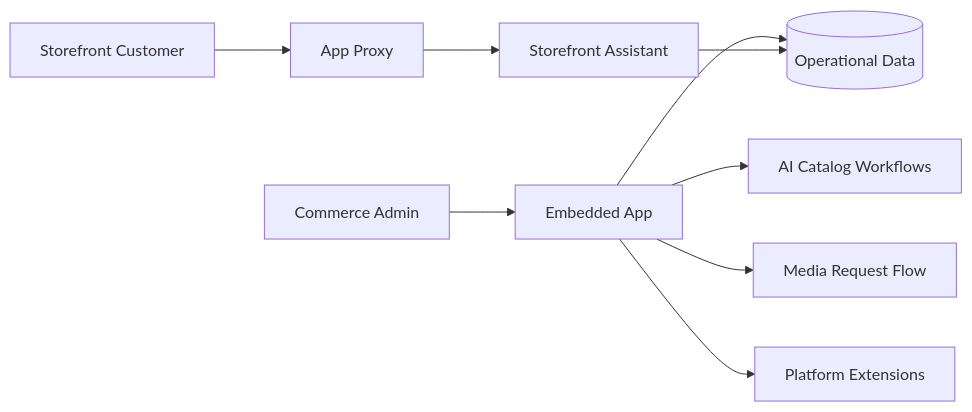
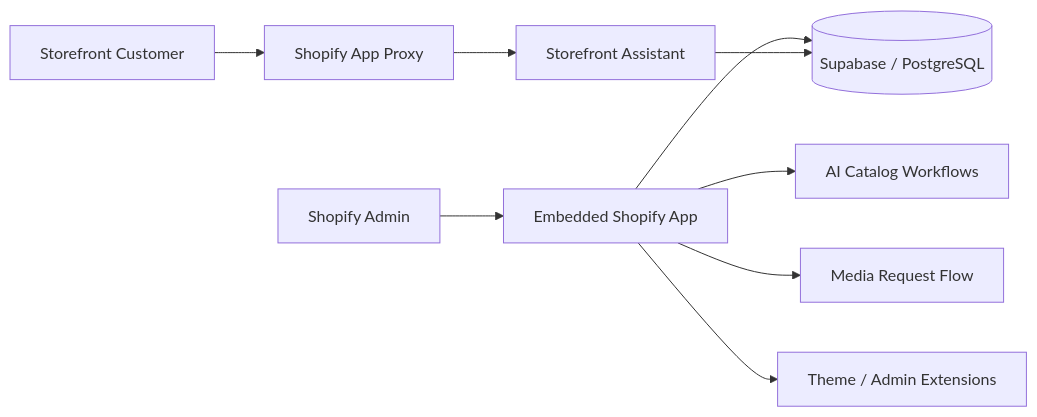
The diagram in case-studies/store-operations.md (komatadi/engineering-portfolio), drawn with Mermaid before and after one commit. The commit also changed other lines of this file, not shown here.

Commit message:
Clarify Shopify Apps and Supabase implementation

````diff
--- a/case-studies/store-operations.md
+++ b/case-studies/store-operations.md
@@ -11,11 +11,11 @@
 ```mermaid
 flowchart LR
-    A[Commerce Admin] --> APP[Embedded App]
-    C[Storefront Customer] --> PX[App Proxy]
+    A[Shopify Admin] --> APP[Embedded Shopify App]
+    C[Storefront Customer] --> PX[Shopify App Proxy]
     APP --> AI[AI Catalog Workflows]
     APP --> M[Media Request Flow]
     PX --> CHAT[Storefront Assistant]
-    APP --> DB[(Operational Data)]
+    APP --> DB[(Supabase / PostgreSQL)]
     CHAT --> DB
-    APP --> EXT[Platform Extensions]
+    APP --> EXT[Theme / Admin Extensions]
 ```
````
